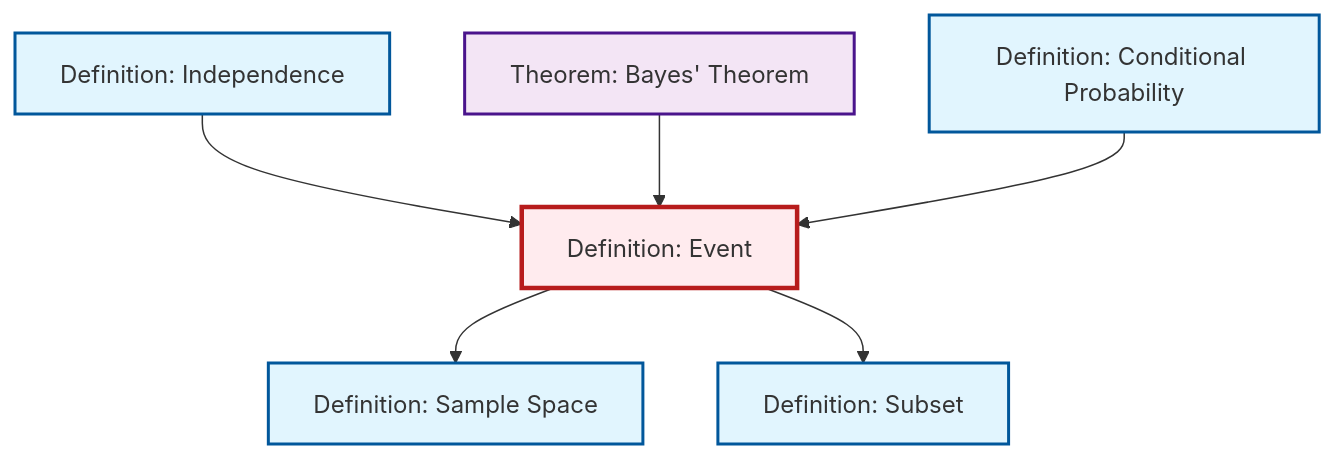
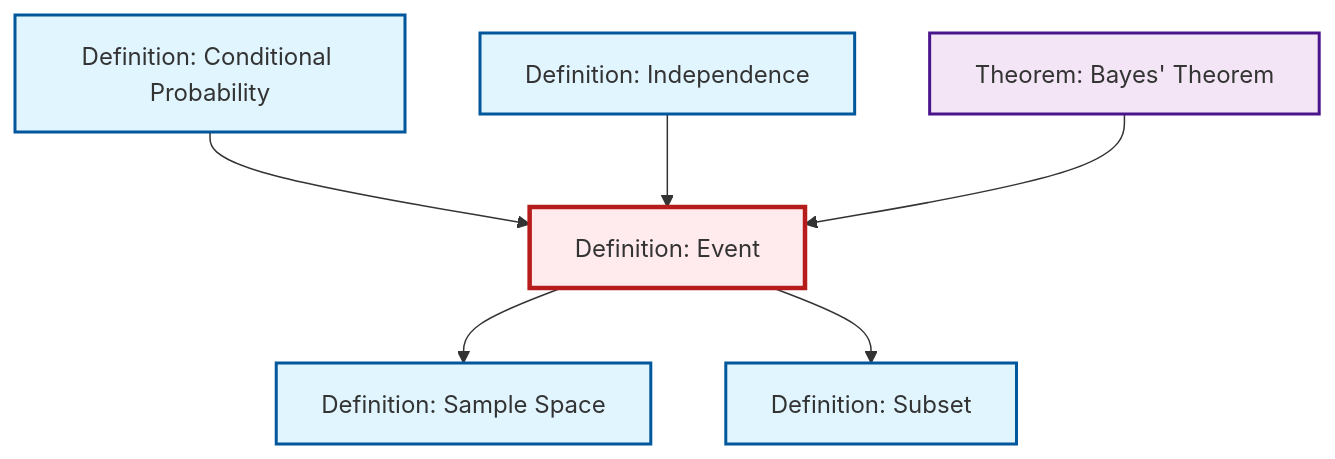
The diagram in content/en/probability-statistics/def-event.qmd (RK0429/ModernMath), drawn with Mermaid before and after one commit. The commit also changed other lines of this file and 328 other files, not shown here.

````diff
--- a/content/en/probability-statistics/def-event.qmd
+++ b/content/en/probability-statistics/def-event.qmd
@@ -69,26 +69,26 @@
 ```{mermaid}
 %%| fig-cap: "Local dependency graph"
 graph TD
     classDef definition fill:#e1f5fe,stroke:#01579b,stroke-width:2px
     classDef theorem fill:#f3e5f5,stroke:#4a148c,stroke-width:2px
     classDef axiom fill:#fff3e0,stroke:#e65100,stroke-width:2px
     classDef example fill:#e8f5e9,stroke:#1b5e20,stroke-width:2px
     classDef current fill:#ffebee,stroke:#b71c1c,stroke-width:3px
-    thm-bayes["Theorem: Bayes' Theorem"]:::theorem
-    def-independence["Definition: Independence"]:::definition
     def-sample-space["Definition: Sample Space"]:::definition
     def-event["Definition: Event"]:::definition
+    def-independence["Definition: Independence"]:::definition
+    thm-bayes["Theorem: Bayes' Theorem"]:::theorem
     def-subset["Definition: Subset"]:::definition
     def-conditional-probability["Definition: Conditional Probability"]:::definition
+    def-conditional-probability --> def-event
     def-independence --> def-event
     thm-bayes --> def-event
     def-event --> def-sample-space
-    def-conditional-probability --> def-event
     def-event --> def-subset
     class def-event current
+    click def-sample-space "def-sample-space.html" "Go to Sample Space definition"
+    click def-independence "def-independence.html" "Go to Independence definition"
     click thm-bayes "thm-bayes.html" "Go to Bayes' Theorem theorem"
-    click def-independence "def-independence.html" "Go to Independence definition"
-    click def-sample-space "def-sample-space.html" "Go to Sample Space definition"
     click def-subset "def-subset.html" "Go to Subset definition"
     click def-conditional-probability "def-conditional-probability.html" "Go to Conditional Probability definition"
 ```
````
